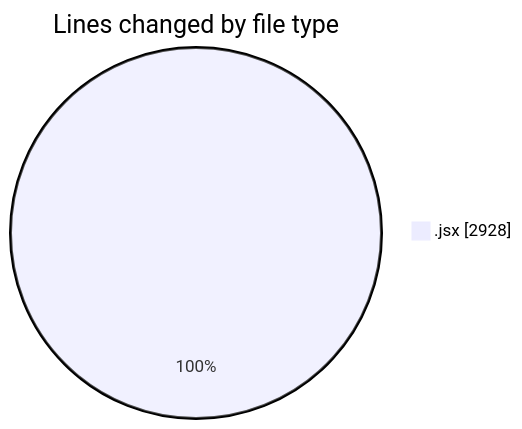
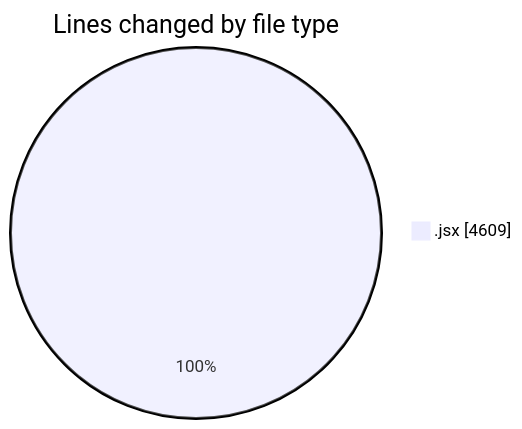
One commit to nxtqubesakshisongat/code-tracking changed the first of 2 diagrams in 2025-05-27/nxtqube_webapp/README.md. Above: the diagram before and after it, drawn with Mermaid. The commit also changed other lines of this file and 1 other file, not shown here.

````diff
--- a/2025-05-27/nxtqube_webapp/README.md
+++ b/2025-05-27/nxtqube_webapp/README.md
@@ -23,5 +23,5 @@
 ```mermaid
 pie showData
 title Lines changed by file type
-".jsx" : 2928
+".jsx" : 4609
 ```
````
